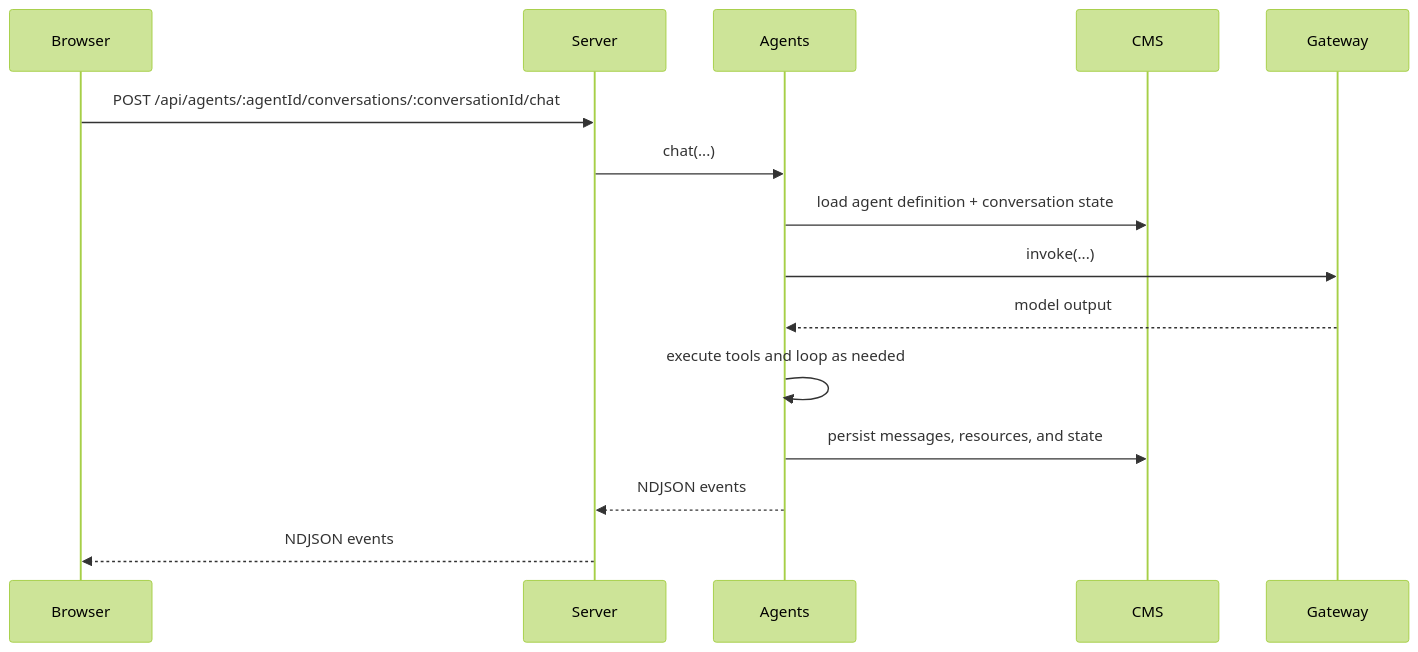
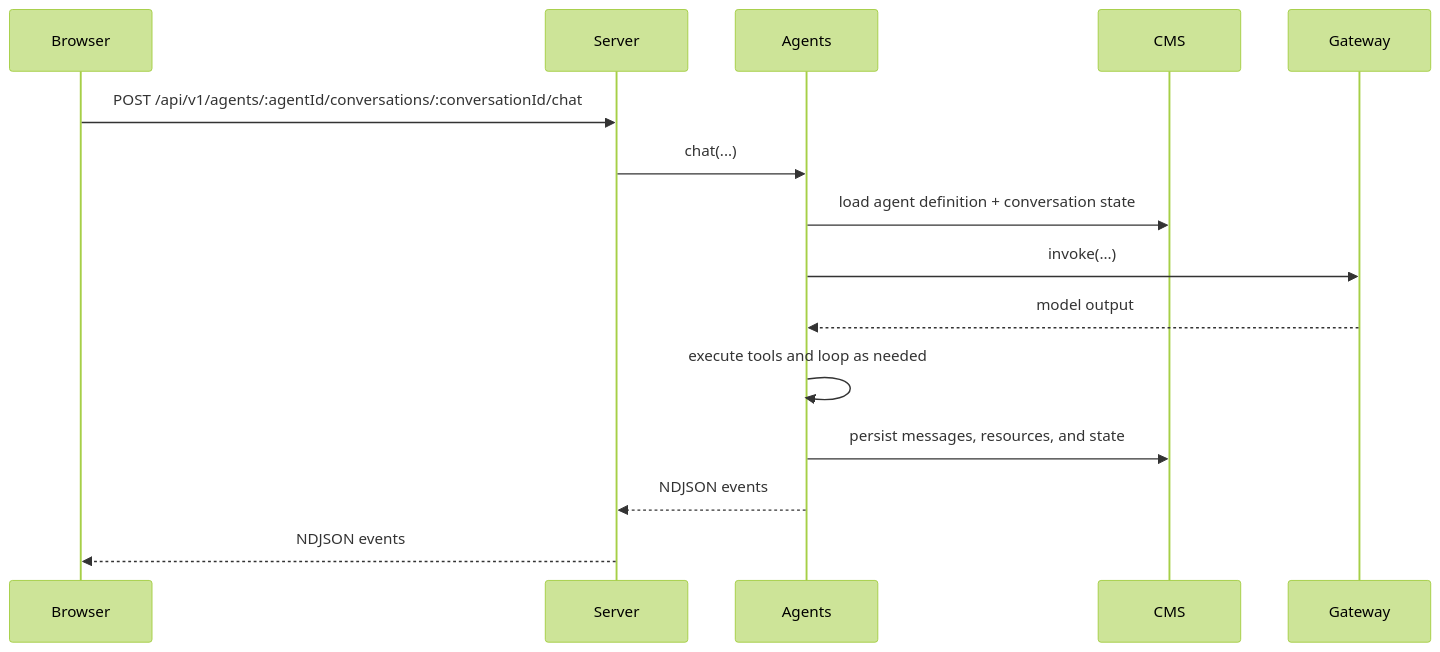
The fifth of 5 diagrams in README.md (CBIIT/nci-webtools-ctri-arti), drawn with Mermaid (forest theme) before and after one commit. The commit also changed 33 other files, not shown here.

````diff
--- a/README.md
+++ b/README.md
@@ -226,17 +226,17 @@
 ```mermaid
 sequenceDiagram
     participant Browser
     participant Server
     participant Agents
     participant CMS
     participant Gateway
-    Browser->>Server: POST /api/agents/:agentId/conversations/:conversationId/chat
+    Browser->>Server: POST /api/v1/agents/:agentId/conversations/:conversationId/chat
     Server->>Agents: chat(...)
     Agents->>CMS: load agent definition + conversation state
     Agents->>Gateway: invoke(...)
     Gateway-->>Agents: model output
     Agents->>Agents: execute tools and loop as needed
     Agents->>CMS: persist messages, resources, and state
     Agents-->>Server: NDJSON events
     Server-->>Browser: NDJSON events
 ```
````
